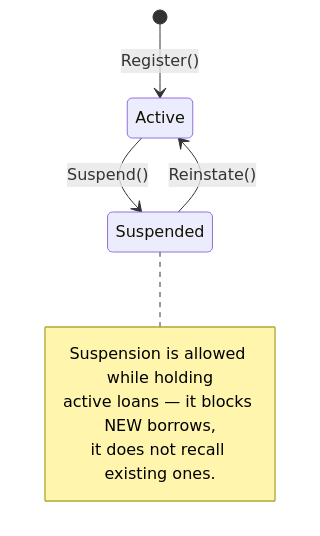
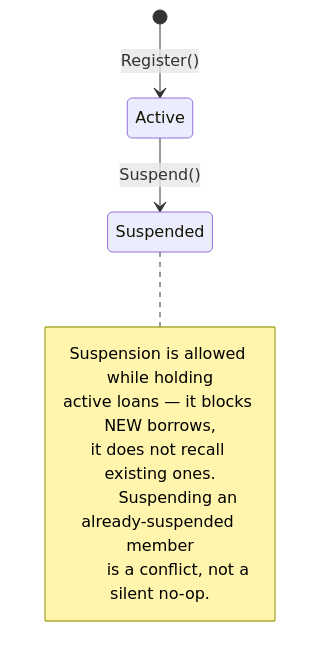
One commit to Nooziergg/library-loans-api changed the sixth of 7 diagrams in docs/ARCHITECTURE.md. Above: the diagram before and after it, drawn with Mermaid. The commit also changed other lines of this file and 1 other file, not shown here.

````diff
--- a/docs/ARCHITECTURE.md
+++ b/docs/ARCHITECTURE.md
@@ -193,12 +233,14 @@
 ```mermaid
 stateDiagram-v2
     [*] --> Active: Register()
     Active --> Suspended: Suspend()
-    Suspended --> Active: Reinstate()
 
     note right of Suspended
         Suspension is allowed while holding
         active loans — it blocks NEW borrows,
         it does not recall existing ones.
+
+        Suspending an already-suspended member
+        is a conflict, not a silent no-op.
     end note
 ```
````
